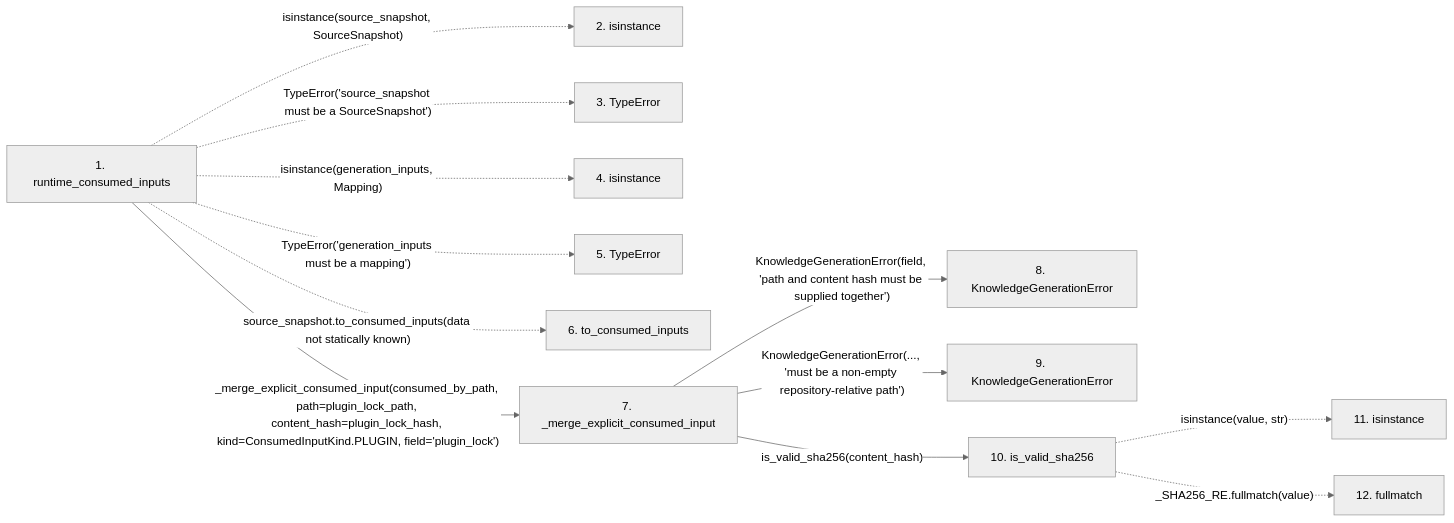
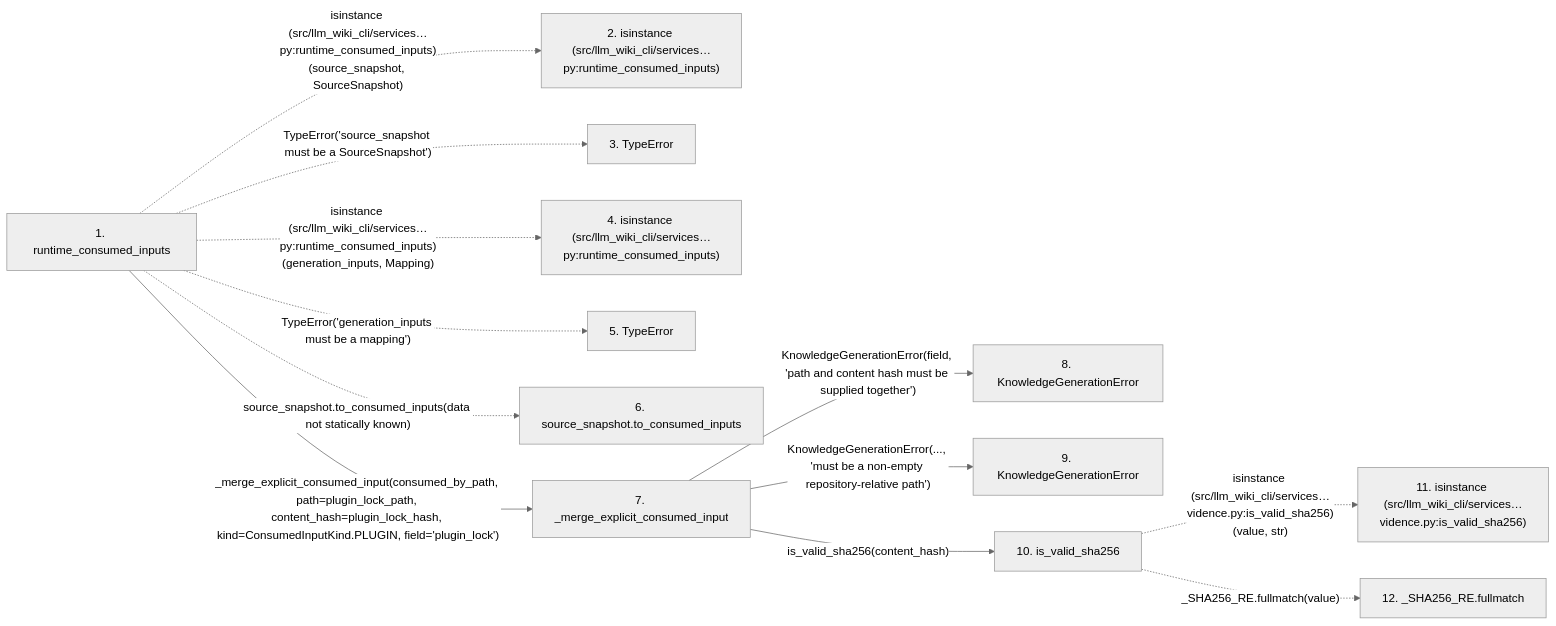
Before and after one commit to Denissvgn/python-wiki-llm: the second of 2 diagrams in docs/llm_wiki/flows/api-runtime_consumed_inputs.md, drawn with Mermaid (neutral theme). The commit also changed other lines of this file and 719 other files, not shown here.

````diff
--- a/docs/llm_wiki/flows/api-runtime_consumed_inputs.md
+++ b/docs/llm_wiki/flows/api-runtime_consumed_inputs.md
@@ -68,31 +72,31 @@
 ```mermaid
 flowchart LR
     s1["1. runtime_consumed_inputs"]
-    s2["2. isinstance"]
+    s2["2. isinstance (src/llm_wiki_cli/services…py:runtime_consumed_inputs)"]
     s3["3. TypeError"]
-    s4["4. isinstance"]
+    s4["4. isinstance (src/llm_wiki_cli/services…py:runtime_consumed_inputs)"]
     s5["5. TypeError"]
-    s6["6. to_consumed_inputs"]
+    s6["6. source_snapshot.to_consumed_inputs"]
     s7["7. _merge_explicit_consumed_input"]
     s8["8. KnowledgeGenerationError"]
     s9["9. KnowledgeGenerationError"]
     s10["10. is_valid_sha256"]
-    s11["11. isinstance"]
-    s12["12. fullmatch"]
-    s1 -. "isinstance(source_snapshot, SourceSnapshot)" .-> s2
+    s11["11. isinstance (src/llm_wiki_cli/services…vidence.py:is_valid_sha256)"]
+    s12["12. _SHA256_RE.fullmatch"]
+    s1 -. "isinstance (src/llm_wiki_cli/services…py:runtime_consumed_inputs)(source_snapshot, SourceSnapshot)" .-> s2
     s1 -. "TypeError('source_snapshot must be a SourceSnapshot')" .-> s3
-    s1 -. "isinstance(generation_inputs, Mapping)" .-> s4
+    s1 -. "isinstance (src/llm_wiki_cli/services…py:runtime_consumed_inputs)(generation_inputs, Mapping)" .-> s4
     s1 -. "TypeError('generation_inputs must be a mapping')" .-> s5
     s1 -. "source_snapshot.to_consumed_inputs(data not statically known)" .-> s6
     s1 -->|"_merge_explicit_consumed_input(consumed_by_path, path=plugin_lock_path, content_hash=plugin_lock_hash, kind=ConsumedInputKind.PLUGIN, field='plugin_lock')"| s7
     s7 -->|"KnowledgeGenerationError(field, 'path and content hash must be supplied together')"| s8
     s7 -->|"KnowledgeGenerationError(..., 'must be a non-empty repository-relative path')"| s9
     s7 -->|"is_valid_sha256(content_hash)"| s10
-    s10 -. "isinstance(value, str)" .-> s11
+    s10 -. "isinstance (src/llm_wiki_cli/services…vidence.py:is_valid_sha256)(value, str)" .-> s11
     s10 -. "_SHA256_RE.fullmatch(value)" .-> s12
     click s1 "../modules/knowledge_orchestration.md"
     click s7 "../modules/knowledge_orchestration.md"
     click s8 "../modules/knowledge_generation.md"
     click s9 "../modules/knowledge_generation.md"
     click s10 "../modules/knowledge_evidence.md"
 ```
````
